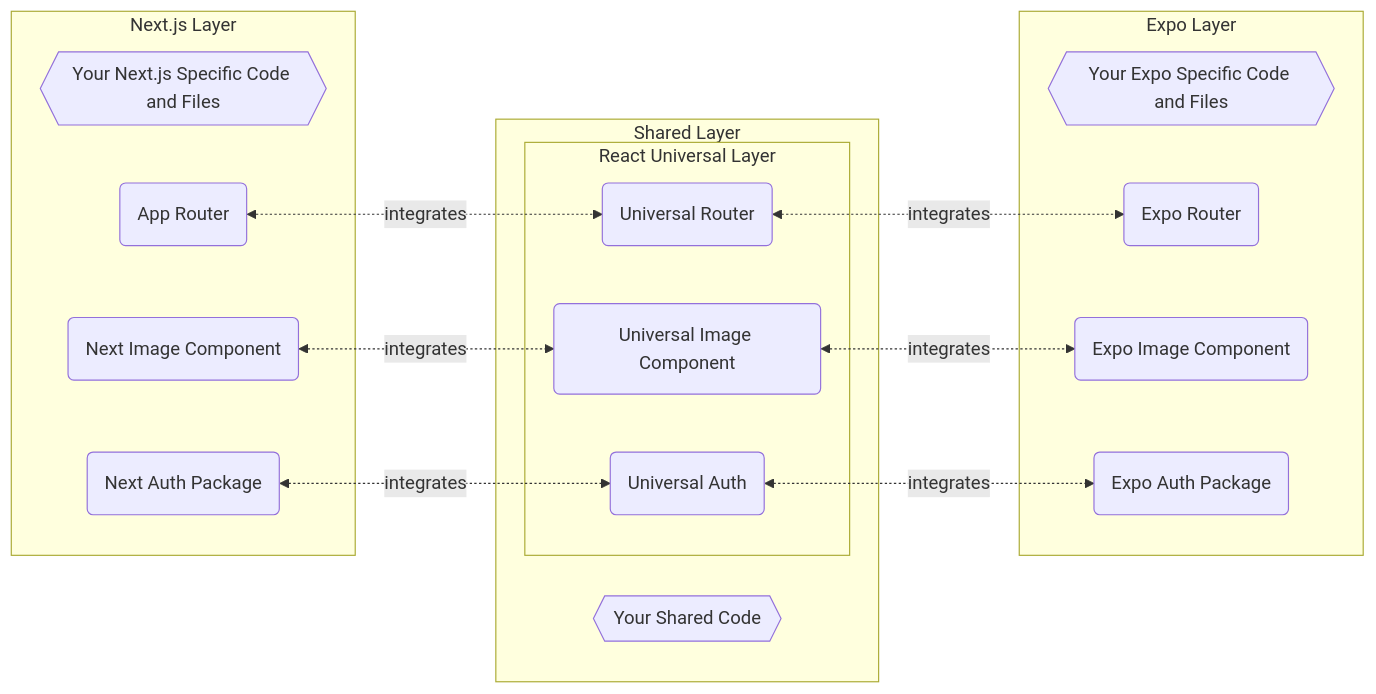
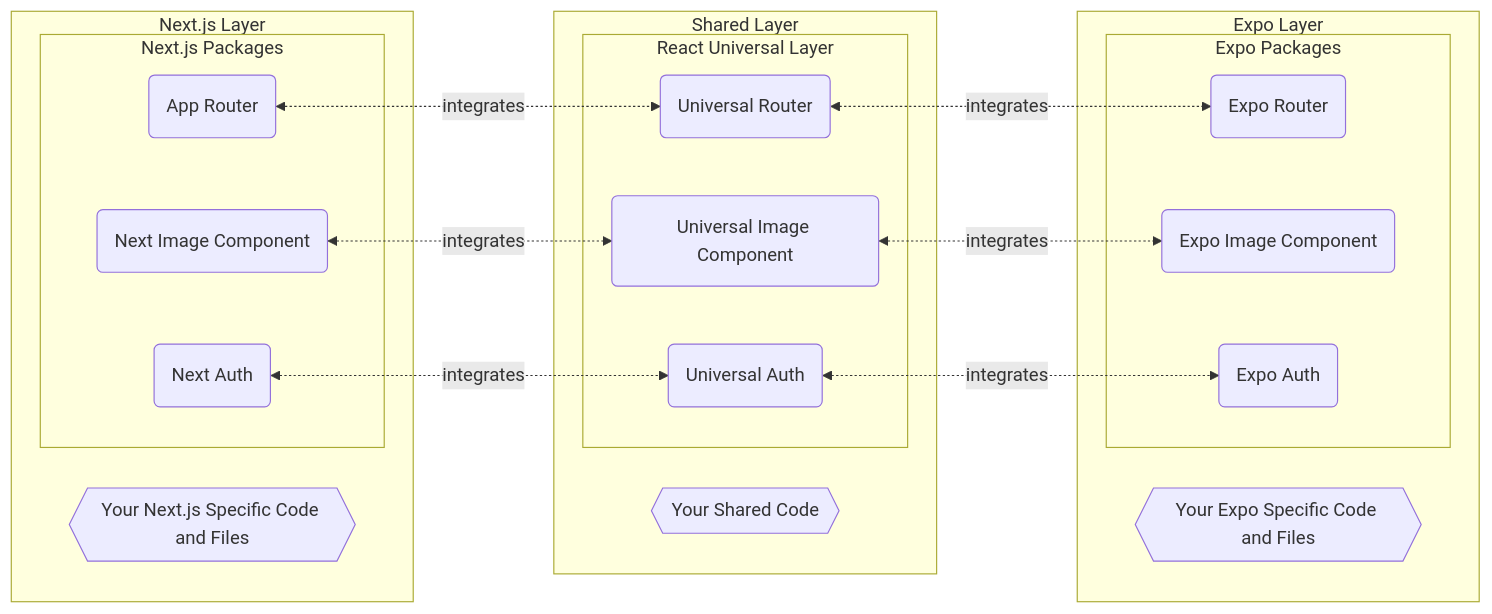
Before and after one commit to gloredo/react-blend: the diagram in README.md, drawn with Mermaid.

````diff
--- a/README.md
+++ b/README.md
@@ -43,45 +43,49 @@
 ```mermaid
 graph LR
 
 next-specific{{Your Next.js Specific Code and Files}}
 app-router(App Router)
 next-image(Next Image Component)
-next-auth(Next Auth Package)
+next-auth(Next Auth)
 
 expo-specific{{Your Expo Specific Code and Files}}
 expo-router(Expo Router)
 expo-image(Expo Image Component)
-expo-auth(Expo Auth Package)
+expo-auth(Expo Auth)
 
 shared-code{{Your Shared Code}}
 rul-router(Universal Router)    
 rul-image(Universal Image Component)    
 rul-auth(Universal Auth)
 
 subgraph Next.js Layer
-    next-specific 
-    app-router 
-    next-image 
-    next-auth 
+    next-specific
+    subgraph Next.js Packages
+        app-router 
+        next-image 
+        next-auth
+    end
 end
 
 subgraph Expo Layer
-    expo-specific 
-    expo-router 
-    expo-image
-    expo-auth
+    expo-specific
+    subgraph Expo Packages
+        expo-router 
+        expo-image
+        expo-auth
+    end
 end
 
 subgraph Shared Layer
     shared-code
     subgraph React Universal Layer
         rul-router 
         rul-image 
         rul-auth
     end 
 end
 
 app-router <-. integrates .-> rul-router <-. integrates .-> expo-router
 next-image <-. integrates .-> rul-image <-. integrates .-> expo-image
 next-auth <-. integrates .-> rul-auth <-. integrates .-> expo-auth
 ```
````
